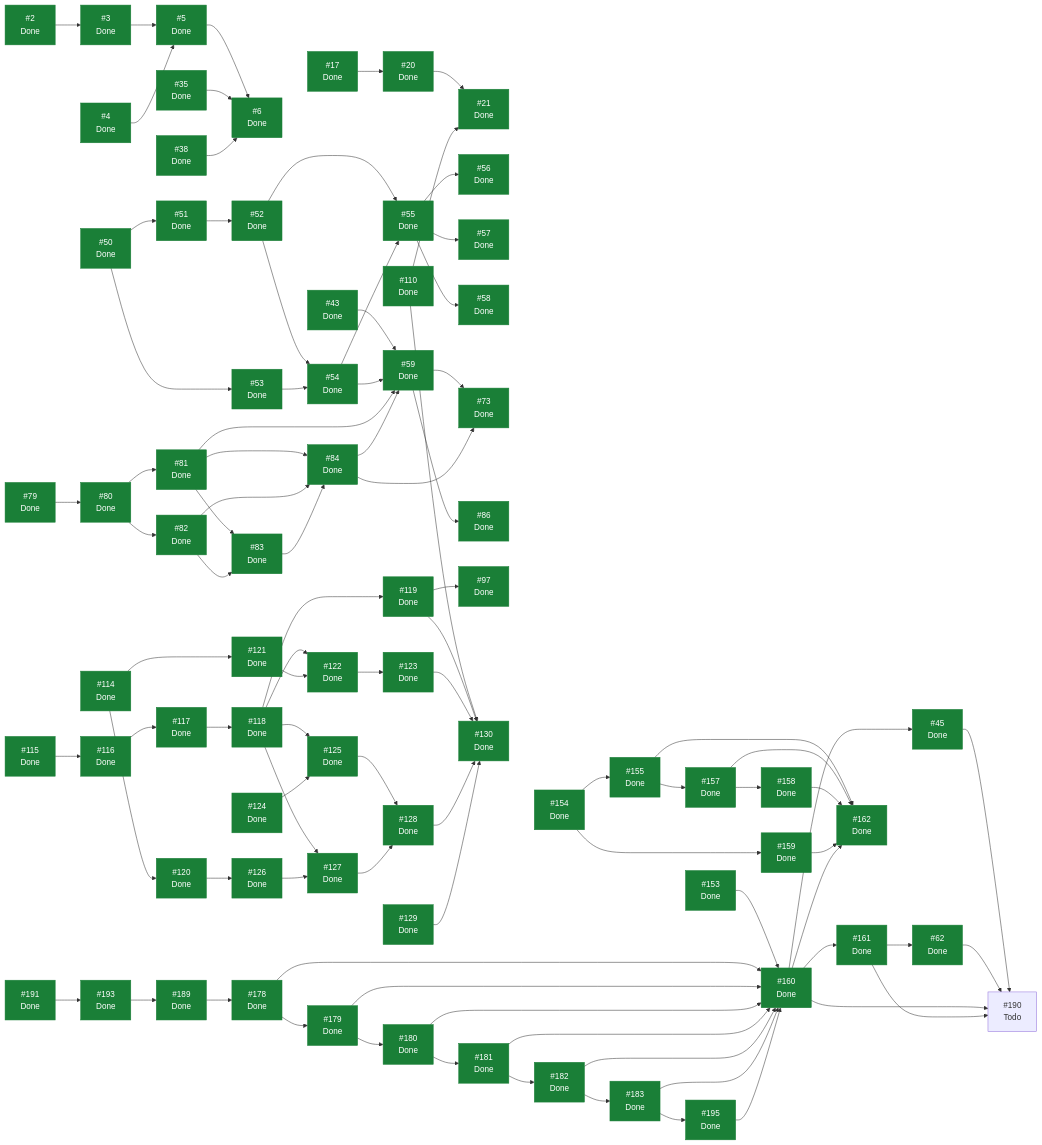
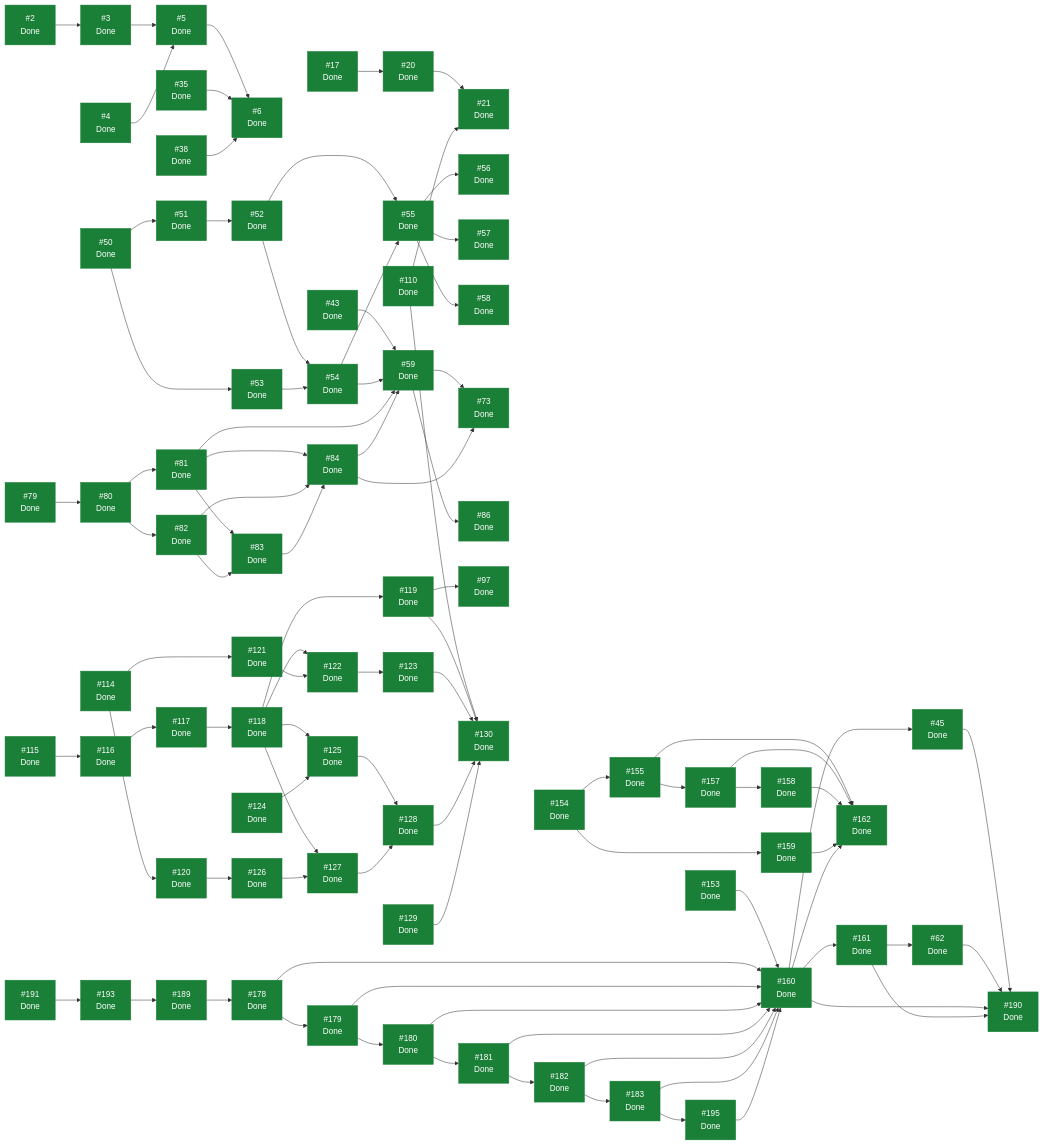
The diagram in docs/planning/STATUS.md (ecamp0s/evault), drawn with Mermaid before and after one commit. The commit also changed other lines of this file, not shown here.

````diff
--- a/docs/planning/STATUS.md
+++ b/docs/planning/STATUS.md
@@ -263,7 +262,7 @@
   I182["#182<br/>Done"]
   I183["#183<br/>Done"]
   I189["#189<br/>Done"]
-  I190["#190<br/>Todo"]
+  I190["#190<br/>Done"]
   I191["#191<br/>Done"]
   I193["#193<br/>Done"]
   I195["#195<br/>Done"]
@@ -357,5 +356,5 @@
   I193 --> I189
   I195 --> I160
   classDef hecho fill:#1a7f37,stroke:#1a7f37,color:#fff;
-  class I2,I3,I4,I5,I6,I17,I20,I21,I35,I38,I43,I45,I50,I51,I52,I53,I54,I55,I56,I57,I58,I59,I62,I73,I79,I80,I81,I82,I83,I84,I86,I97,I110,I114,I115,I116,I117,I118,I119,I120,I121,I122,I123,I124,I125,I126,I127,I128,I129,I130,I153,I154,I155,I157,I158,I159,I160,I161,I162,I178,I179,I180,I181,I182,I183,I189,I191,I193,I195 hecho;
+  class I2,I3,I4,I5,I6,I17,I20,I21,I35,I38,I43,I45,I50,I51,I52,I53,I54,I55,I56,I57,I58,I59,I62,I73,I79,I80,I81,I82,I83,I84,I86,I97,I110,I114,I115,I116,I117,I118,I119,I120,I121,I122,I123,I124,I125,I126,I127,I128,I129,I130,I153,I154,I155,I157,I158,I159,I160,I161,I162,I178,I179,I180,I181,I182,I183,I189,I190,I191,I193,I195 hecho;
 ```
````
